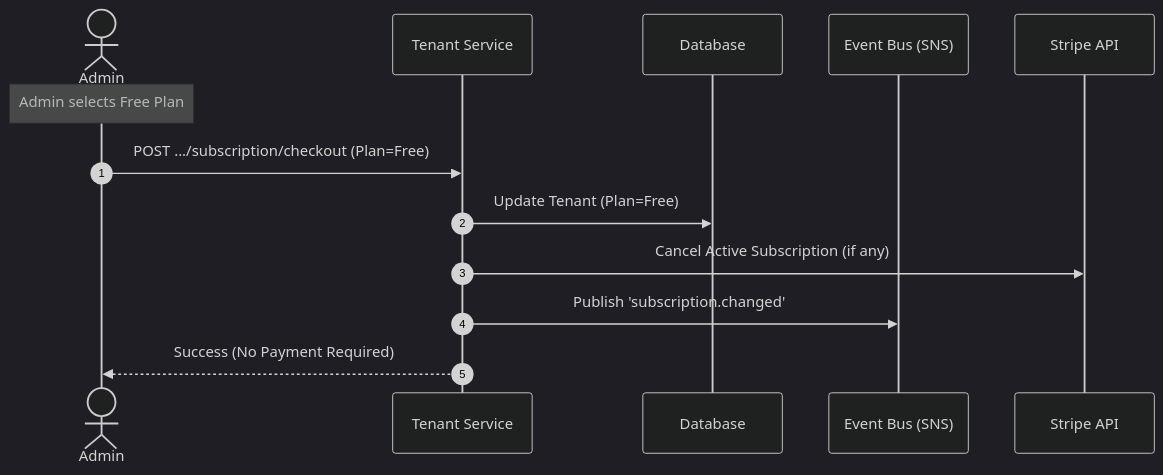
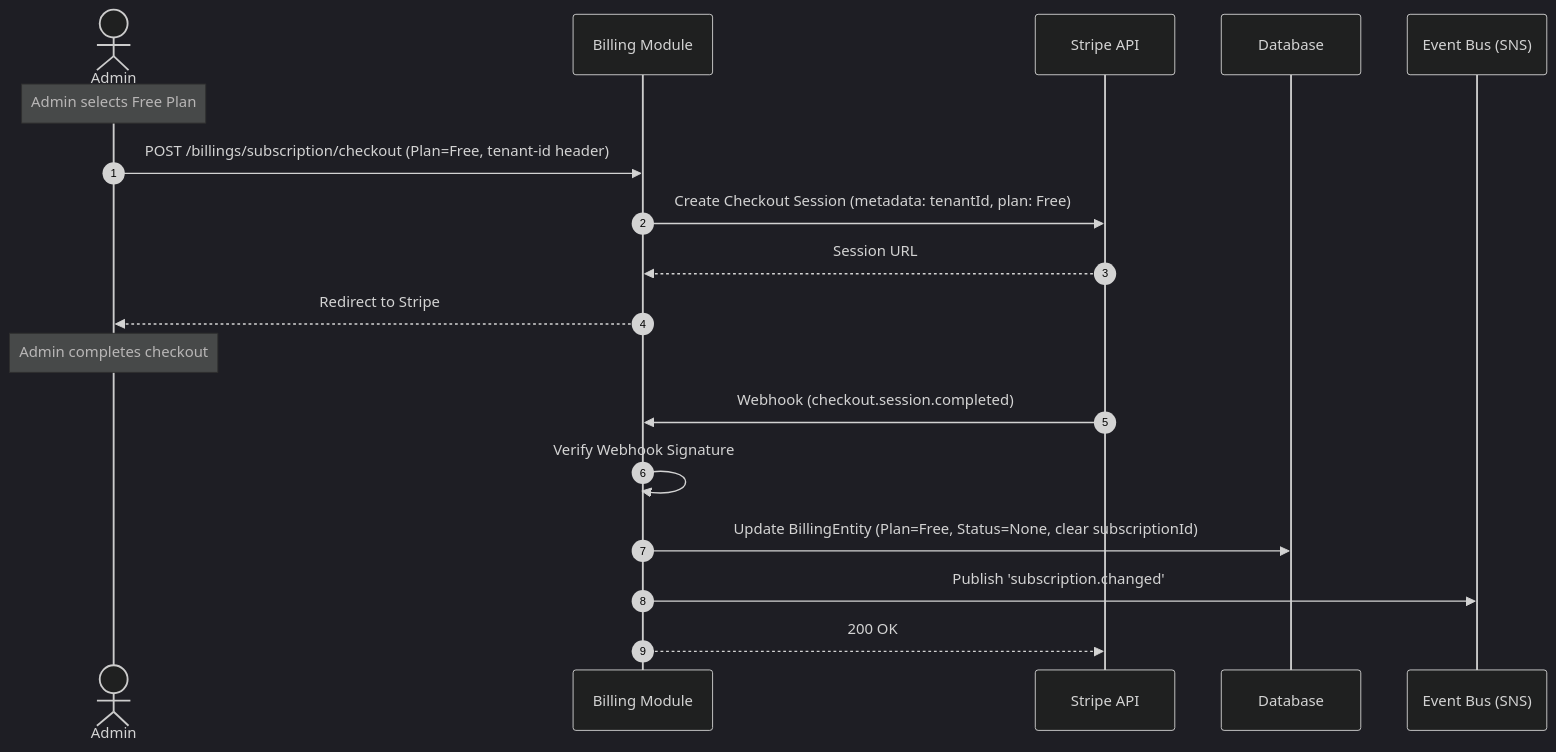
One commit to Digital-Rogue-Wave/referral-pulse-tenant-svc changed diagram 12 of 30 in README.md. Above: the diagram before and after it, drawn with Mermaid (dark theme). The commit also changed other lines of this file, not shown here.

Commit message:
refactor read me for billing

````diff
--- a/README.md
+++ b/README.md
@@ -411,16 +415,22 @@
 ```mermaid
 sequenceDiagram
     autonumber
     actor Admin
-    participant TS as Tenant Service
+    participant BS as Billing Module
+    participant Stripe as Stripe API
     participant DB as Database
     participant SNS as Event Bus (SNS)
-    participant Stripe as Stripe API
 
     Note over Admin: Admin selects Free Plan
-    Admin->>TS: POST .../subscription/checkout (Plan=Free)
-    TS->>DB: Update Tenant (Plan=Free)
-    TS->>Stripe: Cancel Active Subscription (if any)
-    TS->>SNS: Publish 'subscription.changed'
-    TS-->>Admin: Success (No Payment Required)
+    Admin->>BS: POST /billings/subscription/checkout (Plan=Free, tenant-id header)
+    BS->>Stripe: Create Checkout Session (metadata: tenantId, plan: Free)
+    Stripe-->>BS: Session URL
+    BS-->>Admin: Redirect to Stripe
+
+    Note over Admin: Admin completes checkout
+    Stripe->>BS: Webhook (checkout.session.completed)
+    BS->>BS: Verify Webhook Signature
+    BS->>DB: Update BillingEntity (Plan=Free, Status=None, clear subscriptionId)
+    BS->>SNS: Publish 'subscription.changed'
+    BS-->>Stripe: 200 OK
 ```
````
